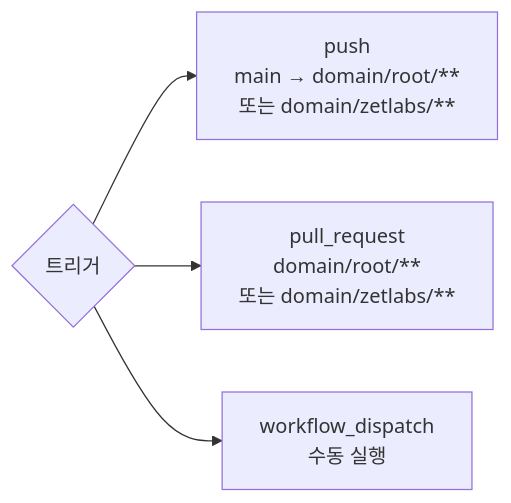
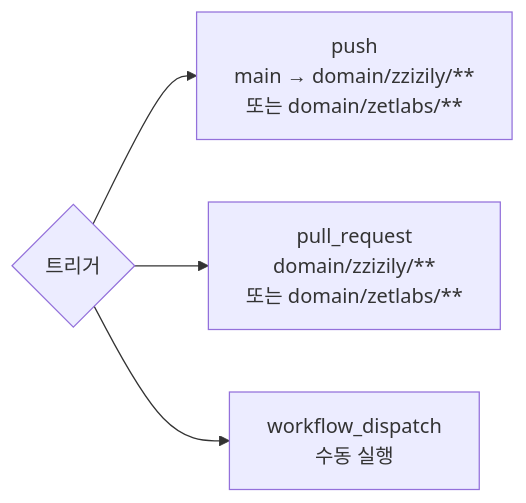
One commit to deuxksy/cloudflare-dns changed the third of 3 diagrams in README.md. Above: the diagram before and after it, drawn with Mermaid. The commit also changed other lines of this file and 13 other files, not shown here.

````diff
--- a/README.md
+++ b/README.md
@@ -58,6 +57,6 @@
 ```mermaid
 graph LR
-    trigger{"트리거"} --> push["push\nmain → domain/root/**\n또는 domain/zetlabs/**"]
-    trigger --> pr["pull_request\ndomain/root/**\n또는 domain/zetlabs/**"]
+    trigger{"트리거"} --> push["push\nmain → domain/zzizily/**\n또는 domain/zetlabs/**"]
+    trigger --> pr["pull_request\ndomain/zzizily/**\n또는 domain/zetlabs/**"]
     trigger --> manual["workflow_dispatch\n수동 실행"]
 ```
````
